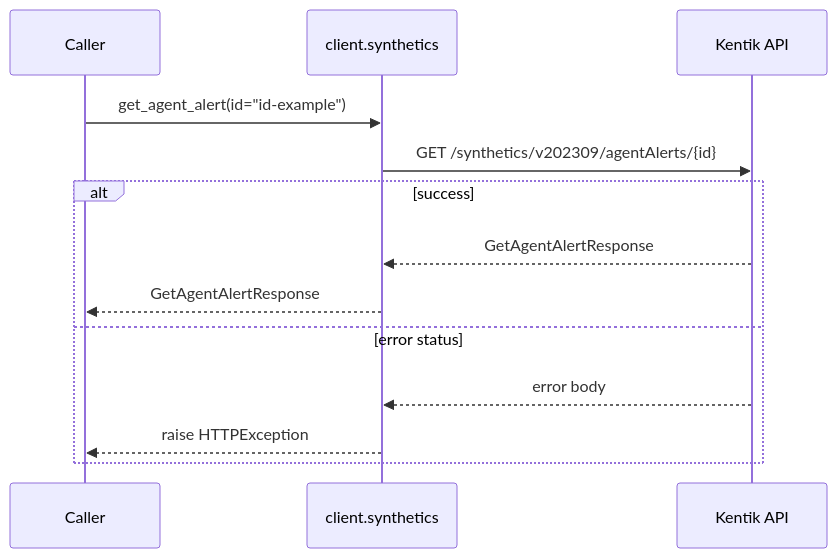
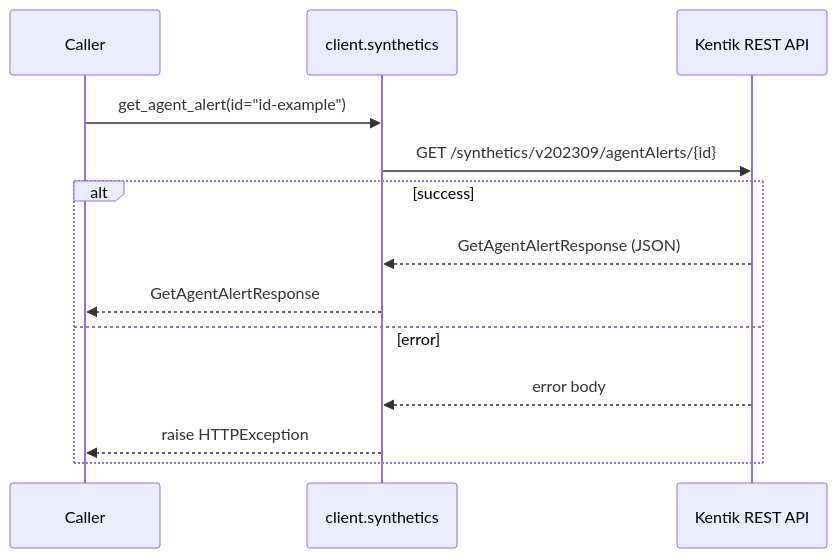
One commit to alexdearaujo/community_sdk_python changed the sixth of 38 diagrams in docs/sphinx/services/synthetics.md. Above: the diagram before and after it, drawn with Mermaid. The commit also changed other lines of this file and 61 other files, not shown here.

````diff
--- a/docs/sphinx/services/synthetics.md
+++ b/docs/sphinx/services/synthetics.md
@@ -133,16 +185,16 @@
 ```mermaid
 sequenceDiagram
     participant C as Caller
     participant W as client.synthetics
-    participant API as Kentik API
+    participant API as Kentik REST API
 
     C->>W: get_agent_alert(id="id-example")
     W->>API: GET /synthetics/v202309/agentAlerts/{id}
     alt success
-        API-->>W: GetAgentAlertResponse
+        API-->>W: GetAgentAlertResponse (JSON)
         W-->>C: GetAgentAlertResponse
-    else error status
+    else error
         API-->>W: error body
         W-->>C: raise HTTPException
     end
 ```
````
